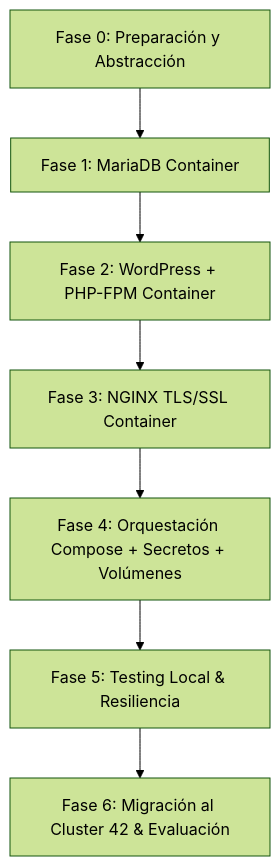
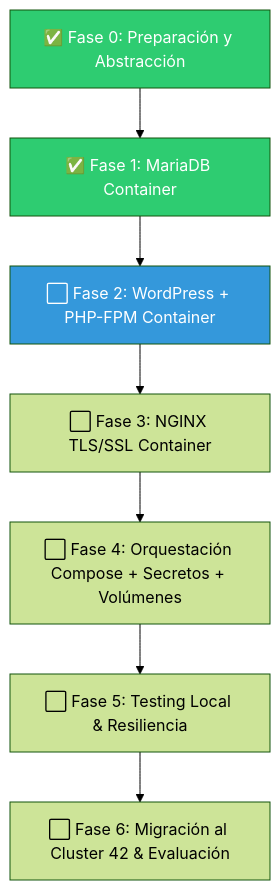
One commit to higrub89/inception changed the diagram in ROADMAP.md. Above: the diagram before and after it, drawn with Mermaid (forest theme). The commit also changed other lines of this file and 3 other files, not shown here.

````diff
--- a/ROADMAP.md
+++ b/ROADMAP.md
@@ -20,9 +20,12 @@
 ```mermaid
 graph TD
-    M0[Fase 0: Preparación y Abstracción] --> M1[Fase 1: MariaDB Container]
-    M1 --> M2[Fase 2: WordPress + PHP-FPM Container]
-    M2 --> M3[Fase 3: NGINX TLS/SSL Container]
-    M3 --> M4[Fase 4: Orquestación Compose + Secretos + Volúmenes]
-    M4 --> M5[Fase 5: Testing Local & Resiliencia]
-    M5 --> M6[Fase 6: Migración al Cluster 42 & Evaluación]
+    M0["✅ Fase 0: Preparación y Abstracción"] --> M1["✅ Fase 1: MariaDB Container"]
+    M1 --> M2["⬜ Fase 2: WordPress + PHP-FPM Container"]
+    M2 --> M3["⬜ Fase 3: NGINX TLS/SSL Container"]
+    M3 --> M4["⬜ Fase 4: Orquestación Compose + Secretos + Volúmenes"]
+    M4 --> M5["⬜ Fase 5: Testing Local & Resiliencia"]
+    M5 --> M6["⬜ Fase 6: Migración al Cluster 42 & Evaluación"]
+    style M0 fill:#2ecc71,color:#fff
+    style M1 fill:#2ecc71,color:#fff
+    style M2 fill:#3498db,color:#fff
 ```
````
